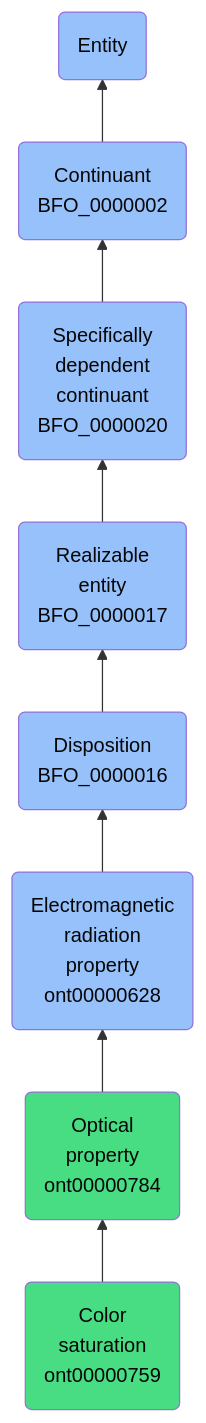
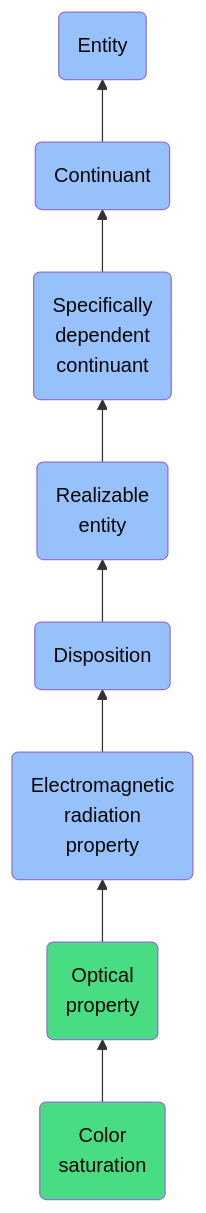
One commit to jupyter-naas/abi changed the diagram in docs/ontology/reference/model/Entity/Continuant/Specifically dependent continuant/Realizable entity/Disposition/Electromagnetic radiation property/Optical property/Color saturation/Color saturation.md. Above: the diagram before and after it, drawn with Mermaid. The commit also changed other lines of this file and 1430 other files, not shown here.

````diff
--- a/docs/ontology/reference/model/Entity/Continuant/Specifically dependent continuant/Realizable entity/Disposition/Electromagnetic radiation property/Optical property/Color saturation/Color saturation.md
+++ b/docs/ontology/reference/model/Entity/Continuant/Specifically dependent continuant/Realizable entity/Disposition/Electromagnetic radiation property/Optical property/Color saturation/Color saturation.md
@@ -24,15 +24,15 @@
 ```mermaid
 graph BT
-    ont00000759(Color<br>saturation<br>ont00000759):::ABI-->ont00000784
-    ont00000784(Optical<br>property<br>ont00000784):::ABI-->ont00000628
-    ont00000628(Electromagnetic<br>radiation<br>property<br>ont00000628):::BFO-->BFO_0000016
-    BFO_0000016(Disposition<br>BFO_0000016):::BFO-->BFO_0000017
-    BFO_0000017(Realizable<br>entity<br>BFO_0000017):::BFO-->BFO_0000020
-    BFO_0000020(Specifically<br>dependent<br>continuant<br>BFO_0000020):::BFO-->BFO_0000002
-    BFO_0000002(Continuant<br>BFO_0000002):::BFO-->BFO_0000001
+    ont00000759(Color<br>saturation):::ABI-->ont00000784
+    ont00000784(Optical<br>property):::ABI-->ont00000628
+    ont00000628(Electromagnetic<br>radiation<br>property):::BFO-->BFO_0000016
+    BFO_0000016(Disposition):::BFO-->BFO_0000017
+    BFO_0000017(Realizable<br>entity):::BFO-->BFO_0000020
+    BFO_0000020(Specifically<br>dependent<br>continuant):::BFO-->BFO_0000002
+    BFO_0000002(Continuant):::BFO-->BFO_0000001
     BFO_0000001(Entity):::BFO
     
     classDef BFO fill:#97c1fb,color:#060606
     classDef CCO fill:#e4c51e,color:#060606
     classDef ABI fill:#48DD82,color:#060606
 ```
````
